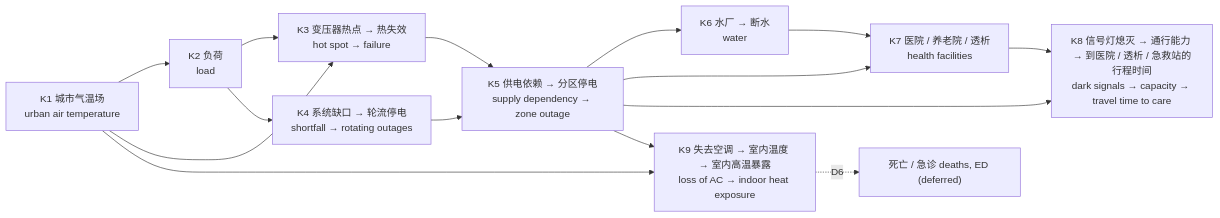
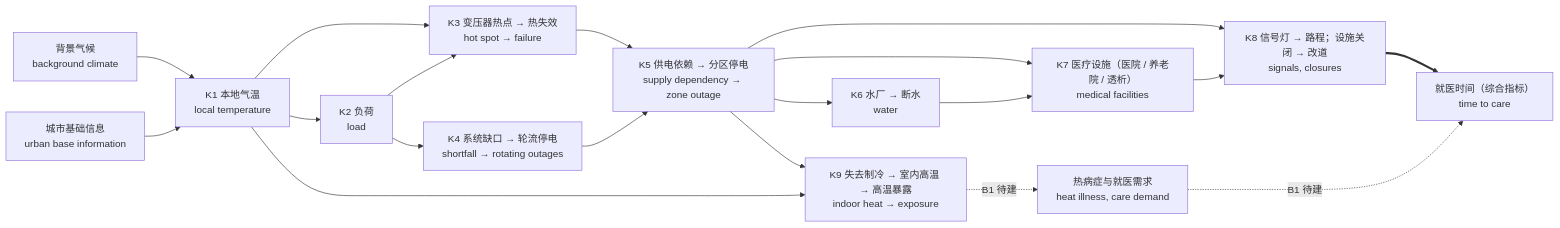
One commit to hibu-11/nashville-heat-twin changed the diagram in docs/CORE_MODEL.md. Above: the diagram before and after it, drawn with Mermaid. The commit also changed other lines of this file and 31 other files, not shown here.

````diff
--- a/docs/CORE_MODEL.md
+++ b/docs/CORE_MODEL.md
@@ -29,17 +41,21 @@
 ```mermaid
 flowchart LR
-  K1["K1 城市气温场<br/>urban air temperature"] --> K2["K2 负荷<br/>load"]
+  BG["背景气候<br/>background climate"] --> K1["K1 本地气温<br/>local temperature"]
+  UB["城市基础信息<br/>urban base information"] --> K1
+  K1 --> K2["K2 负荷<br/>load"]
   K1 --> K3["K3 变压器热点 → 热失效<br/>hot spot → failure"]
   K2 --> K3
   K2 --> K4["K4 系统缺口 → 轮流停电<br/>shortfall → rotating outages"]
   K3 --> K5["K5 供电依赖 → 分区停电<br/>supply dependency → zone outage"]
   K4 --> K5
   K5 --> K6["K6 水厂 → 断水<br/>water"]
-  K5 --> K7["K7 医院 / 养老院 / 透析<br/>health facilities"]
+  K5 --> K7["K7 医疗设施（医院 / 养老院 / 透析）<br/>medical facilities"]
   K6 --> K7
-  K5 --> K8["K8 信号灯熄灭 → 通行能力 → 到医院 / 透析 / 急救站的行程时间<br/>dark signals → capacity → travel time to care"]
+  K5 --> K8["K8 信号灯 → 路程；设施关闭 → 改道<br/>signals, closures"]
   K7 --> K8
-  K5 --> K9["K9 失去空调 → 室内温度 → 室内高温暴露<br/>loss of AC → indoor heat exposure"]
+  K8 ==> T["就医时间（综合指标）<br/>time to care"]
+  K5 --> K9["K9 失去制冷 → 室内高温 → 高温暴露<br/>indoor heat → exposure"]
   K1 --> K9
-  K9 -. D6 .-> M["死亡 / 急诊 deaths, ED (deferred)"]
+  K9 -. B1 待建 .-> B["热病症与就医需求<br/>heat illness, care demand"]
+  B -. B1 待建 .-> T
 ```
````
